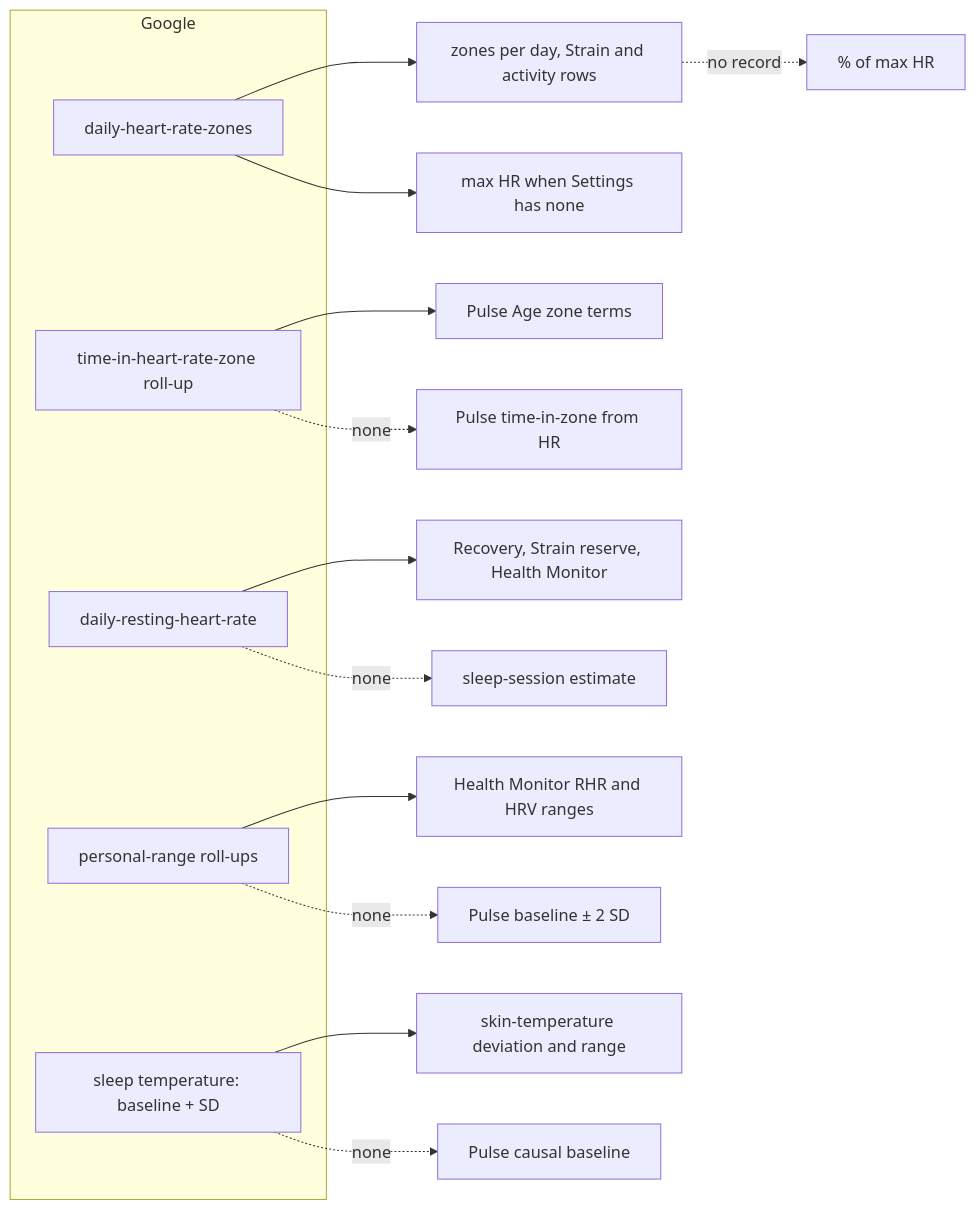
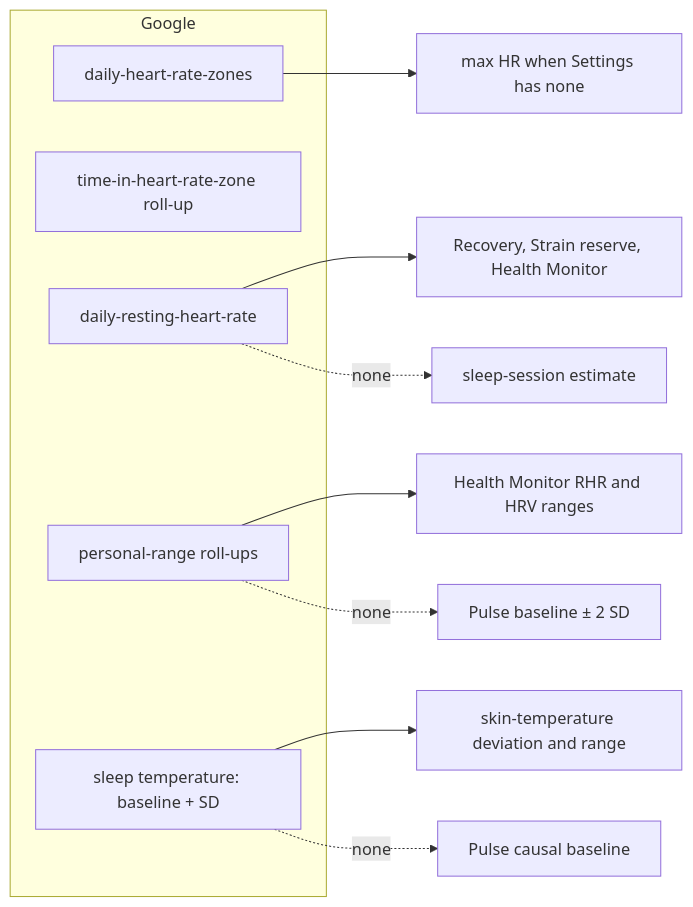
The diagram in docs/research/google-vs-pulse-metrics.md (Ajamuar/pulse), drawn with Mermaid before and after one commit. The commit also changed other lines of this file and 34 other files, not shown here.

````diff
--- a/docs/research/google-vs-pulse-metrics.md
+++ b/docs/research/google-vs-pulse-metrics.md
@@ -33,21 +33,17 @@
 ```mermaid
 flowchart LR
   subgraph Google
     Z[daily-heart-rate-zones]
     T[time-in-heart-rate-zone roll-up]
     R[daily-resting-heart-rate]
     PR[personal-range roll-ups]
     ST[sleep temperature: baseline + SD]
   end
-  Z --> ZN[zones per day, Strain and activity rows]
   Z --> MX[max HR when Settings has none]
-  T --> PA[Pulse Age zone terms]
   R --> RC[Recovery, Strain reserve, Health Monitor]
   PR --> HM[Health Monitor RHR and HRV ranges]
   ST --> SK[skin-temperature deviation and range]
-  ZN -. no record .-> F1[% of max HR]
-  T -. none .-> F2[Pulse time-in-zone from HR]
   R -. none .-> F3[sleep-session estimate]
   PR -. none .-> F4[Pulse baseline ± 2 SD]
   ST -. none .-> F5[Pulse causal baseline]
 ```
````
